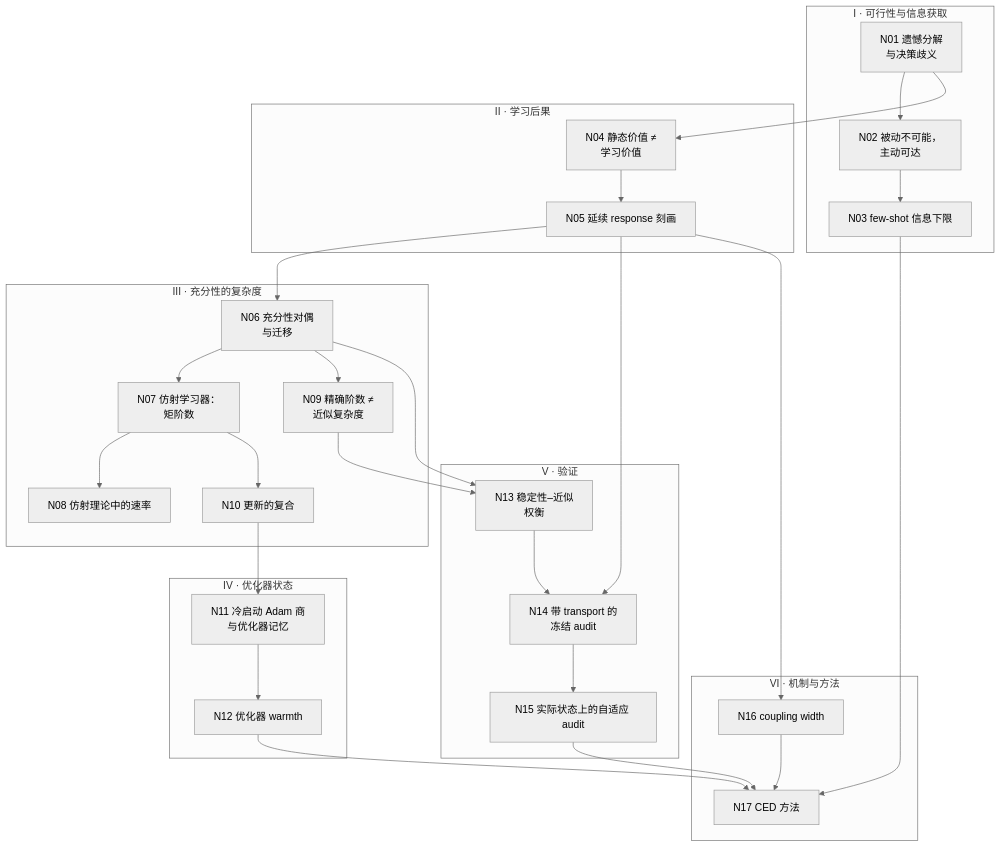
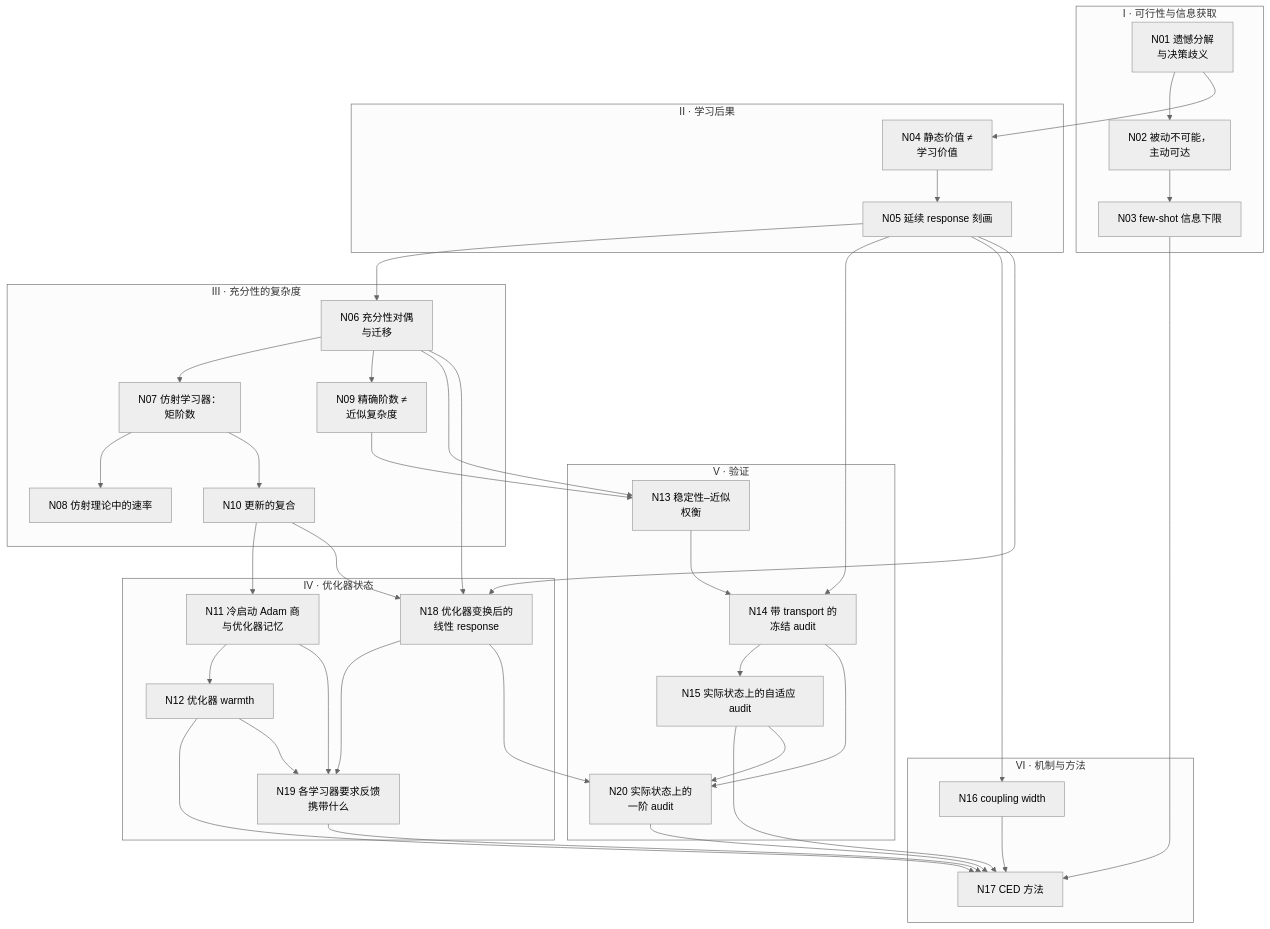
Before and after one commit to XueqiC/ICML27_agent_distillation: the diagram in theoretical_framework/README_ZH.md, drawn with Mermaid (neutral theme). The commit also changed other lines of this file and 17 other files, not shown here.

First line of the commit message:
theoretical_framework: N18-N20 (optimizer-transformed linear response, learner statistics, first-order audit), EN+ZH; graph and N17 rules updated; derivation overclaims removed

````diff
--- a/theoretical_framework/README_ZH.md
+++ b/theoretical_framework/README_ZH.md
@@ -38,45 +40,59 @@
 ```mermaid
 flowchart TD
   subgraph I["I · 可行性与信息获取"]
     N01["N01 遗憾分解<br/>与决策歧义"]
     N02["N02 被动不可能，<br/>主动可达"]
     N03["N03 few-shot 信息下限"]
   end
   subgraph II["II · 学习后果"]
     N04["N04 静态价值 ≠<br/>学习价值"]
     N05["N05 延续 response 刻画"]
   end
   subgraph III["III · 充分性的复杂度"]
     N06["N06 充分性对偶<br/>与迁移"]
     N07["N07 仿射学习器：<br/>矩阶数"]
     N08["N08 仿射理论中的速率"]
     N09["N09 精确阶数 ≠<br/>近似复杂度"]
     N10["N10 更新的复合"]
   end
   subgraph IV["IV · 优化器状态"]
     N11["N11 冷启动 Adam 商<br/>与优化器记忆"]
     N12["N12 优化器 warmth"]
+    N18["N18 优化器变换后的<br/>线性 response"]
+    N19["N19 各学习器要求反馈<br/>携带什么"]
   end
   subgraph V["V · 验证"]
     N13["N13 稳定性–近似<br/>权衡"]
     N14["N14 带 transport 的<br/>冻结 audit"]
     N15["N15 实际状态上的自适应 audit"]
+    N20["N20 实际状态上的<br/>一阶 audit"]
   end
   subgraph VI["VI · 机制与方法"]
     N16["N16 coupling width"]
     N17["N17 CED 方法"]
   end
   N01 --> N02 --> N03
   N01 --> N04 --> N05
   N05 --> N06
   N06 --> N07 --> N08
   N06 --> N09 --> N13
   N07 --> N10 --> N11 --> N12
   N06 --> N13 --> N14
   N05 --> N14 --> N15
   N05 --> N16
   N03 --> N17
   N12 --> N17
   N15 --> N17
   N16 --> N17
+  N05 --> N18
+  N06 --> N18
+  N10 --> N18
+  N18 --> N19
+  N11 --> N19
+  N12 --> N19
+  N18 --> N20
+  N14 --> N20
+  N15 --> N20
+  N19 --> N17
+  N20 --> N17
 ```
````
